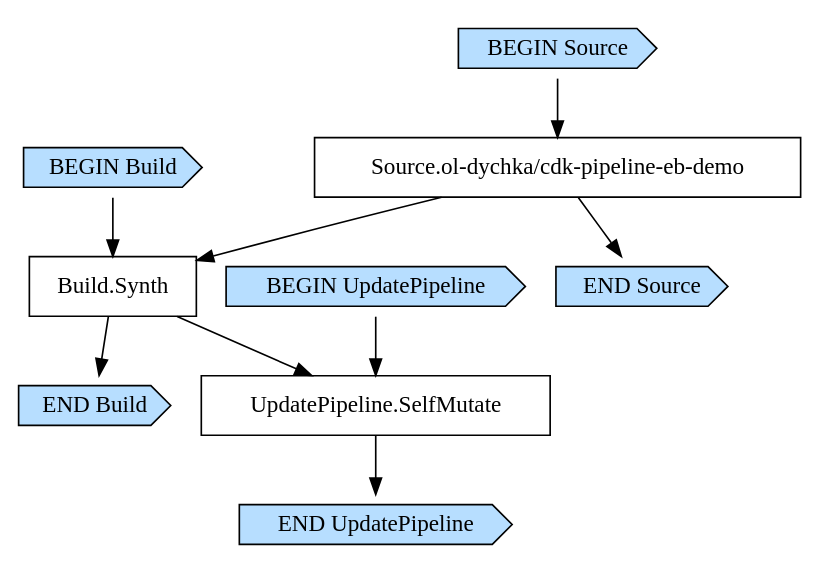
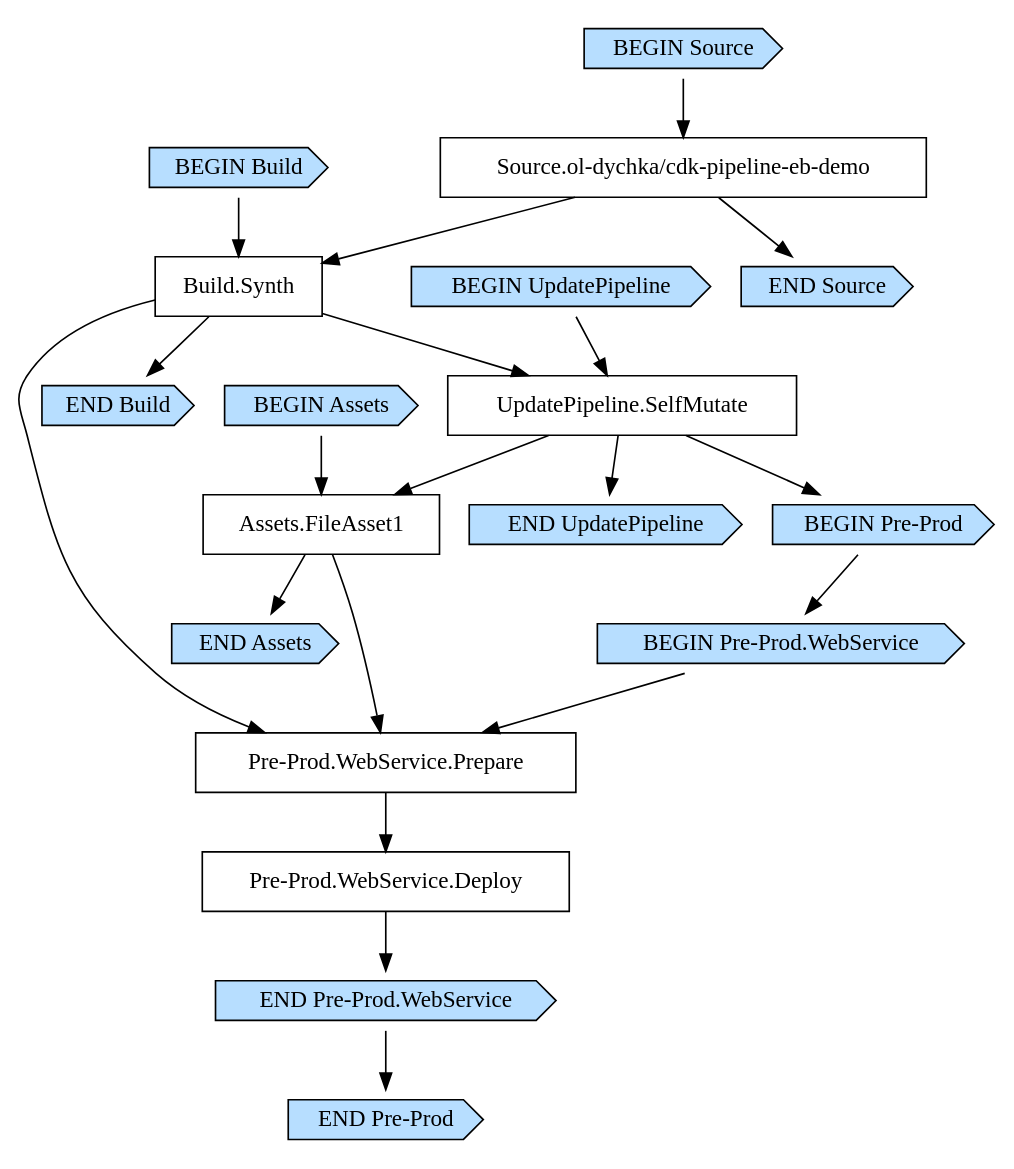
One commit to ol-dychka/cdk-pipeline-eb-demo changed the diagram in cdk.out/CdkPipelineStackPipelineF78599D7.dot. Above: the diagram before and after it, drawn with Graphviz. The commit also changed 11 other files, not shown here.

```diff
--- a/cdk.out/CdkPipelineStackPipelineF78599D7.dot
+++ b/cdk.out/CdkPipelineStackPipelineF78599D7.dot
@@ -1,24 +1,44 @@
 digraph G {
   # Arrows represent an "unlocks" relationship (opposite of dependency). So chosen
   # because the layout looks more natural that way.
   # To represent subgraph dependencies, subgraphs are represented by BEGIN/END nodes.
   # To render: `dot -Tsvg CdkPipelineStackPipelineF78599D7.dot > graph.svg`, open in a browser.
   node [shape="box"];
 "BEGIN Build" [shape="cds", style="filled", fillcolor="#b7deff"];
 "END Build" [shape="cds", style="filled", fillcolor="#b7deff"];
 "Build.Synth";
 "Source.ol-dychka/cdk-pipeline-eb-demo" -> "Build.Synth";
 "BEGIN Build" -> "Build.Synth";
 "Build.Synth" -> "END Build";
 "BEGIN UpdatePipeline" [shape="cds", style="filled", fillcolor="#b7deff"];
 "END UpdatePipeline" [shape="cds", style="filled", fillcolor="#b7deff"];
 "UpdatePipeline.SelfMutate";
 "Build.Synth" -> "UpdatePipeline.SelfMutate";
 "BEGIN UpdatePipeline" -> "UpdatePipeline.SelfMutate";
 "UpdatePipeline.SelfMutate" -> "END UpdatePipeline";
+"BEGIN Assets" [shape="cds", style="filled", fillcolor="#b7deff"];
+"END Assets" [shape="cds", style="filled", fillcolor="#b7deff"];
+"Assets.FileAsset1";
+"UpdatePipeline.SelfMutate" -> "Assets.FileAsset1";
+"BEGIN Assets" -> "Assets.FileAsset1";
+"Assets.FileAsset1" -> "END Assets";
+"BEGIN Pre-Prod" [shape="cds", style="filled", fillcolor="#b7deff"];
+"END Pre-Prod" [shape="cds", style="filled", fillcolor="#b7deff"];
+"UpdatePipeline.SelfMutate" -> "BEGIN Pre-Prod";
+"BEGIN Pre-Prod.WebService" [shape="cds", style="filled", fillcolor="#b7deff"];
+"END Pre-Prod.WebService" [shape="cds", style="filled", fillcolor="#b7deff"];
+"Pre-Prod.WebService.Deploy";
+"Pre-Prod.WebService.Prepare" -> "Pre-Prod.WebService.Deploy";
+"Pre-Prod.WebService.Prepare";
+"Build.Synth" -> "Pre-Prod.WebService.Prepare";
+"Assets.FileAsset1" -> "Pre-Prod.WebService.Prepare";
+"BEGIN Pre-Prod.WebService" -> "Pre-Prod.WebService.Prepare";
+"Pre-Prod.WebService.Deploy" -> "END Pre-Prod.WebService";
+"BEGIN Pre-Prod" -> "BEGIN Pre-Prod.WebService";
+"END Pre-Prod.WebService" -> "END Pre-Prod";
 "BEGIN Source" [shape="cds", style="filled", fillcolor="#b7deff"];
 "END Source" [shape="cds", style="filled", fillcolor="#b7deff"];
 "Source.ol-dychka/cdk-pipeline-eb-demo";
 "BEGIN Source" -> "Source.ol-dychka/cdk-pipeline-eb-demo";
 "Source.ol-dychka/cdk-pipeline-eb-demo" -> "END Source";
 }
```
